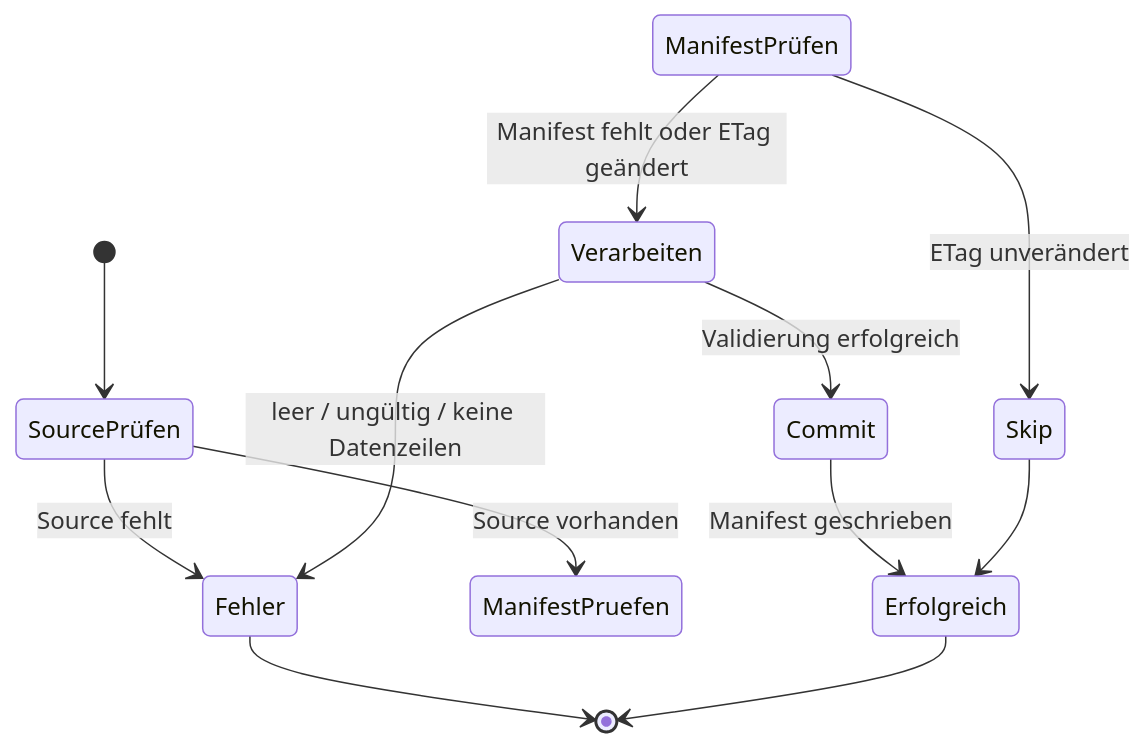
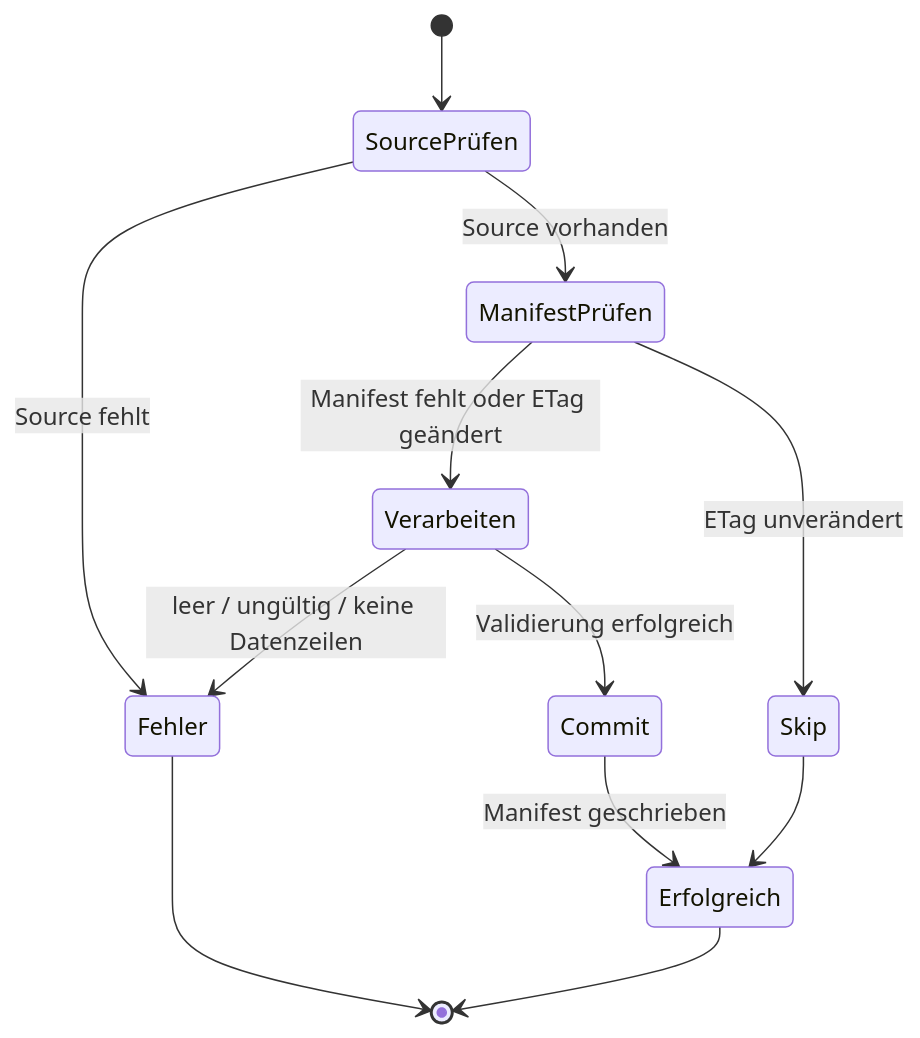
Before and after one commit to gw-ai-security/de-floci-missions: the fourth of 4 diagrams in missions/M01-s3-data-lake/docs/architecture.md, drawn with Mermaid.

````diff
--- a/missions/M01-s3-data-lake/docs/architecture.md
+++ b/missions/M01-s3-data-lake/docs/architecture.md
@@ -157,19 +157,19 @@
 ```mermaid
 stateDiagram-v2
     [*] --> SourcePrüfen
 
     SourcePrüfen --> Fehler: Source fehlt
-    SourcePrüfen --> ManifestPruefen: Source vorhanden
+    SourcePrüfen --> ManifestPrüfen: Source vorhanden
 
     ManifestPrüfen --> Skip: ETag unverändert
     ManifestPrüfen --> Verarbeiten: Manifest fehlt oder ETag geändert
 
     Verarbeiten --> Fehler: leer / ungültig / keine Datenzeilen
     Verarbeiten --> Commit: Validierung erfolgreich
 
     Commit --> Erfolgreich: Manifest geschrieben
     Skip --> Erfolgreich
 
     Fehler --> [*]
     Erfolgreich --> [*]
 ```
````
